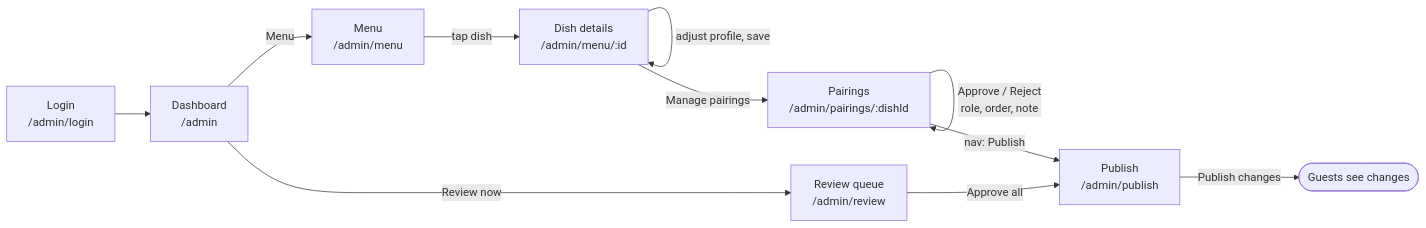
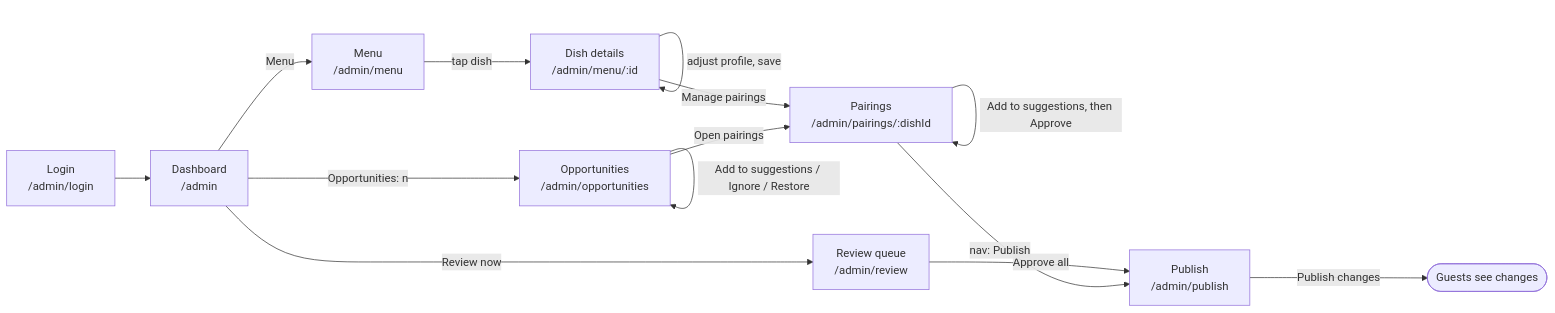
The third of 6 diagrams in docs/USER_FLOWS.md (NiedzielX/wine), drawn with Mermaid before and after one commit. The commit also changed other lines of this file and 22 other files, not shown here.

````diff
--- a/docs/USER_FLOWS.md
+++ b/docs/USER_FLOWS.md
@@ -66,13 +66,17 @@
 ```mermaid
 flowchart LR
   LG[Login<br>/admin/login] --> DB[Dashboard<br>/admin]
   DB -->|Menu| ML[Menu<br>/admin/menu]
   ML -->|tap dish| DD[Dish details<br>/admin/menu/:id]
   DD -->|adjust profile, save| DD
   DD -->|Manage pairings| PM[Pairings<br>/admin/pairings/:dishId]
   PM -->|Approve / Reject<br>role, order, note| PM
   DB -->|Review now| RQ[Review queue<br>/admin/review]
   RQ -->|Approve all| PB[Publish<br>/admin/publish]
   PM -->|nav: Publish| PB
   PB -->|Publish changes| OK([Guests see changes])
+  DB -->|Opportunities: n| OP[Opportunities<br>/admin/opportunities]
+  OP -->|Add to suggestions / Ignore / Restore| OP
+  OP -->|Open pairings| PM
+  PM -->|Add to suggestions, then Approve| PM
 ```
````
